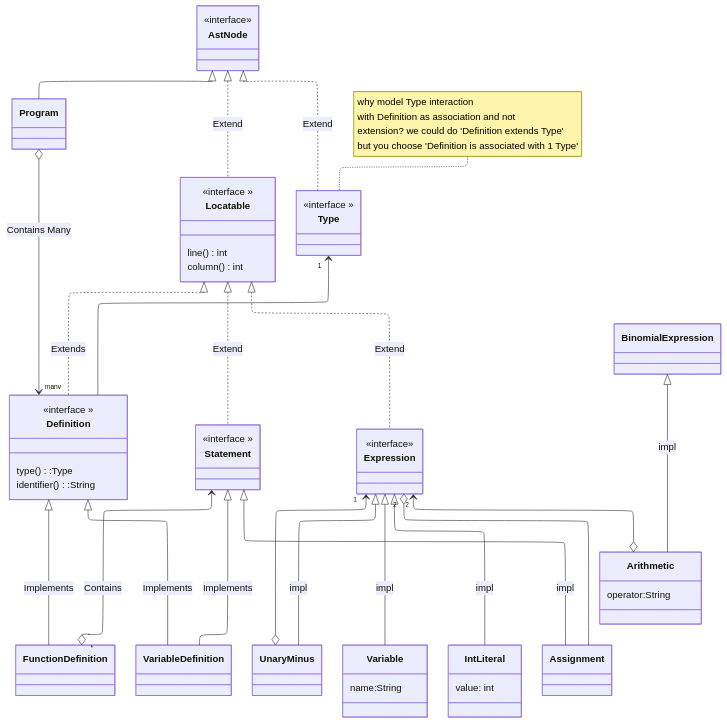
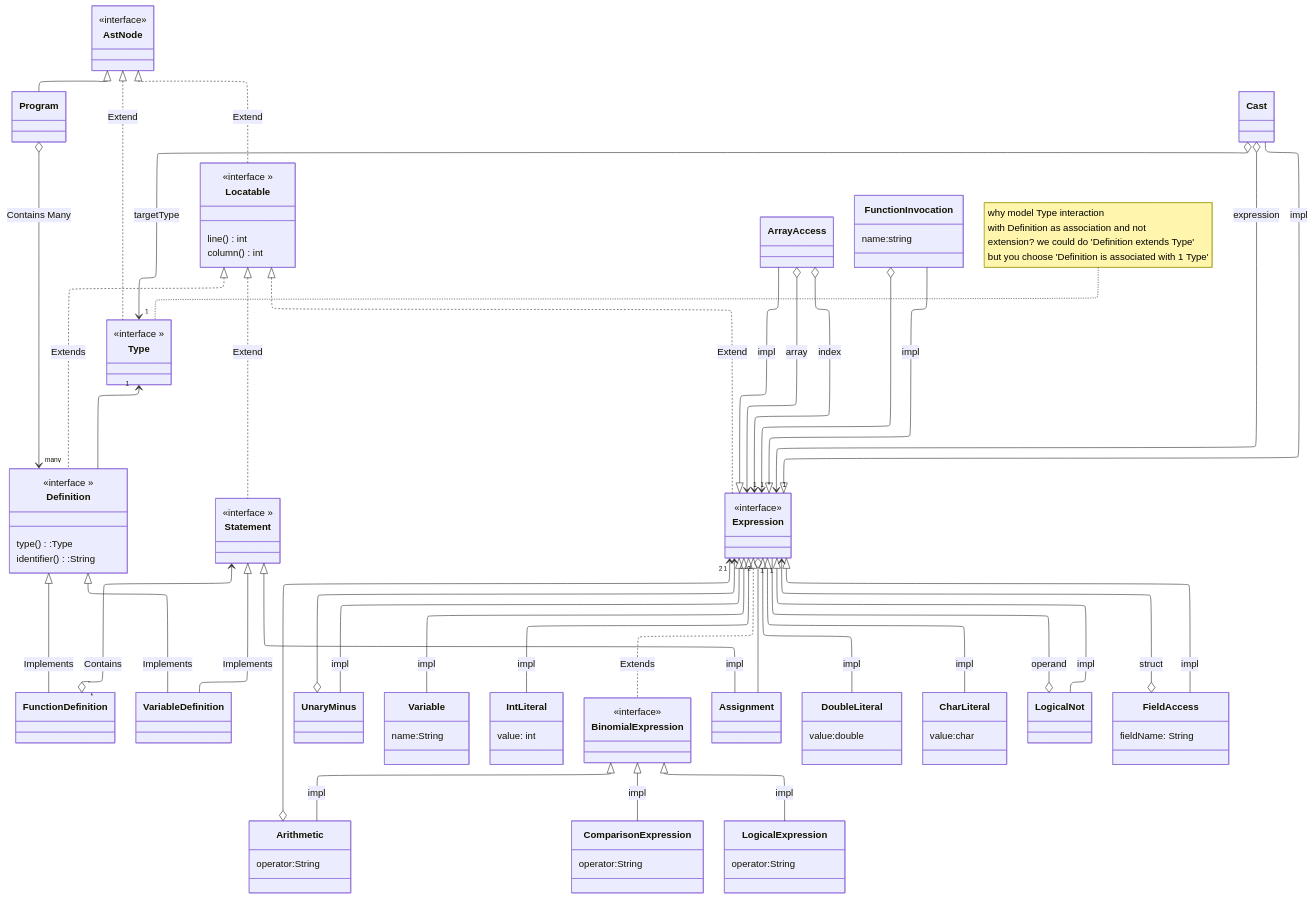
One commit to CiaranWelsh/c-minus changed the diagram in c-minus/AstDesign.mermaid. Above: the diagram before and after it, drawn with Mermaid.

Commit message:
add uml for expressions [squash me]

```diff
--- a/c-minus/AstDesign.mermaid
+++ b/c-minus/AstDesign.mermaid
@@ -1,81 +1,167 @@
 ---
 config:
   layout: elk
 ---
 classDiagram
     class AstNode {
        <<interface>>
     }
     class Locatable {
         <<interface >>
         line()  int 
         column() int 
     }
     AstNode <|.. Locatable : Extend 
     class Definition{
         <<interface >>
         type():Type
         identifier():String
     }
     class  FunctionDefinition{
     }
     class VariableDefinition{
     }
     Definition <|-- FunctionDefinition:Implements
     Definition <|-- VariableDefinition:Implements
     Locatable <|.. Definition: Extends 
     class  Program {
     }
     AstNode <|-- Program
     Program o--> "many" Definition: Contains Many 
     class Type{
         <<interface >>
     }
     AstNode <|.. Type:Extend
     Type "1" <--  Definition
     note for Type "why model Type interaction
     with Definition as association and not
     extension? we could do 'Definition extends Type' 
     but you choose 'Definition is associated with 1 Type'"
     class Statement{
         <<interface >>
     }
     Locatable <|..  Statement :Extend
     Statement <--o "*" FunctionDefinition : Contains 
     Statement <|-- VariableDefinition : Implements
     class Expression{
         <<interface>>
     }
 
 
     class UnaryMinus{
 
     }
 
 
 
     class Variable {
         name:String
     }
     class IntLiteral{
         value: int
     }
     class Arithmetic{
         operator:String
     }
     Expression <|-- UnaryMinus:impl 
     Expression <|-- Variable:impl 
     Expression <|-- IntLiteral:impl 
     BinomialExpression <|-- Arithmetic:impl 
     Expression "1" <--o UnaryMinus 
     Expression "2" <--o Arithmetic  
     Locatable <|.. Expression: Extend
 
 
     class Assignment{
 
     }
 
     Statement <|-- Assignment:impl
 
     Expression "2" o-- Assignment
+
+    class DoubleLiteral {
+        value:double
+    }
+
+    class CharLiteral{
+        value:char
+    }
+
+    %% cast is an expression that contains a type to cast into and an 
+    %% expression that needs to be evaluated to a type that can be cast to type
+    class Cast{
+    }
+    Cast o--> "1" Type: targetType
+    Cast o--> "1" Expression: expression
+
+    Expression <|-- DoubleLiteral:impl
+
+    Expression <|-- CharLiteral:impl
+        Expression <|-- Cast:impl
+
+
+    class BinomialExpression{
+        <<interface>>
+    }
+
+    Expression <|.. BinomialExpression:Extends
+
+
+    class LogicalNot{
+
+    }
+    Expression <|-- LogicalNot:impl 
+    LogicalNot o-- "1" Expression: operand
+
+
+
+    class ComparisonExpression{
+        operator:String
+
+    }
+
+    BinomialExpression <|-- ComparisonExpression:impl
+
+
+
+    class LogicalExpression{
+
+        operator:String  
+    }
+
+    BinomialExpression <|-- LogicalExpression:impl
+
+
+    %% array access requires both an index expression and an array expression.
+    %% that is, ArrayAccess has one expression that evaluates to an array
+    %% like `getArray()` and another which evaluates to an index `4+1` 
+
+    class ArrayAccess{
+
+    }
+
+    Expression <|-- ArrayAccess :impl
+    ArrayAccess o--> "1" Expression: array
+    ArrayAccess o--> "1" Expression: index
+
+
+    %% call_func()
+    class FunctionInvocation{
+        name:string
+    }
+    %% argument list is basically a list of 0 or more expressions
+    Expression <|-- FunctionInvocation: impl
+    FunctionInvocation o--> "*" Expression
+
+
+
+
+    %% expression.string
+    %% the lhs can evaluate to a struct, like getCar().model
+    %% rhs is not expression. just a string identifier because it cannot evaluate to anything
+    class FieldAccess {
+        fieldName: String
+    }
+    Expression <|-- FieldAccess : impl
+    FieldAccess o--> "1" Expression : struct
```
